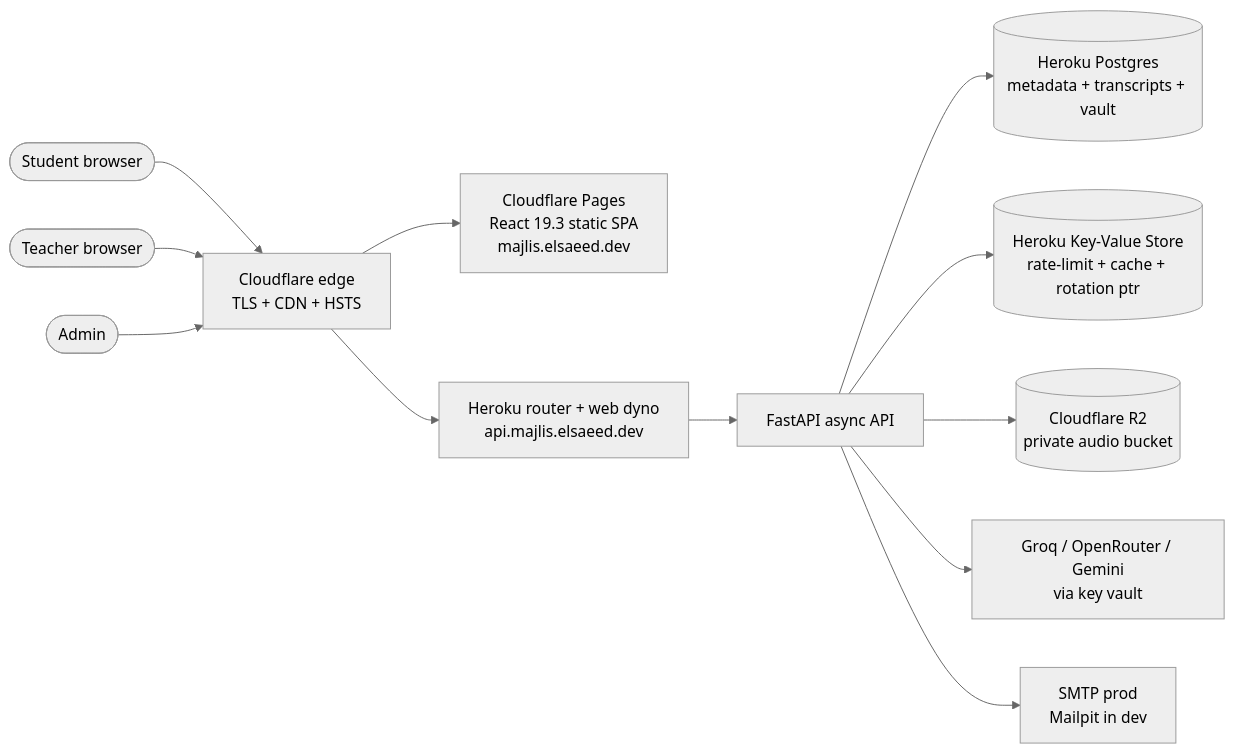
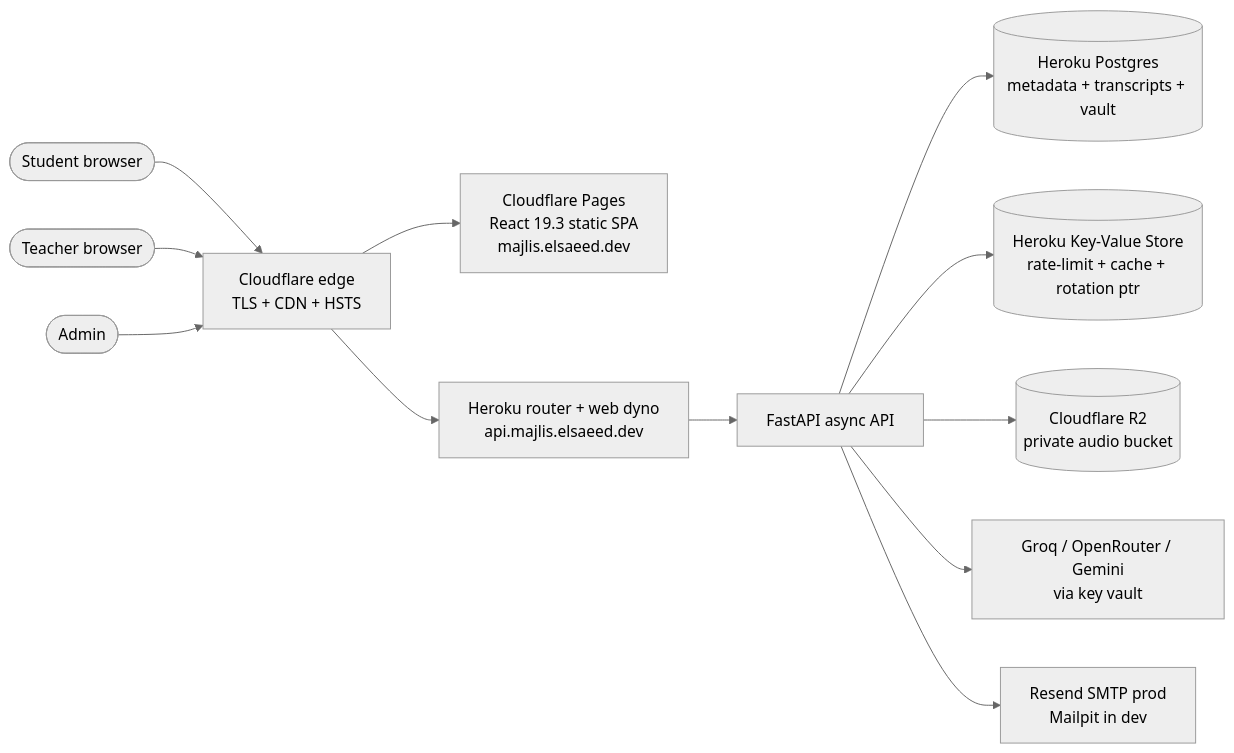
The first of 2 diagrams in docs/architecture.md (Mahmoud-El-Saeed/majlis), drawn with Mermaid (neutral theme) before and after one commit. The commit also changed 15 other files, not shown here.

First line of the commit message:
feat(infra): ticket 28 production mail via Resend SMTP

````diff
--- a/docs/architecture.md
+++ b/docs/architecture.md
@@ -7,14 +7,14 @@
 ```mermaid
 flowchart LR
     Student([Student browser]) --> CF[Cloudflare edge<br/>TLS + CDN + HSTS]
     Teacher([Teacher browser]) --> CF
     Admin([Admin]) --> CF
     CF --> Pages[Cloudflare Pages<br/>React 19.3 static SPA<br/>majlis.elsaeed.dev]
     CF --> Heroku[Heroku router + web dyno<br/>api.majlis.elsaeed.dev]
     Heroku --> API[FastAPI async API]
     API --> PG[(Heroku Postgres<br/>metadata + transcripts + vault)]
     API --> RD[(Heroku Key-Value Store<br/>rate-limit + cache + rotation ptr)]
     API --> R2[(Cloudflare R2<br/>private audio bucket)]
     API --> LLMs[Groq / OpenRouter / Gemini<br/>via key vault]
-    API --> SMTP[SMTP prod<br/>Mailpit in dev]
+    API --> SMTP[Resend SMTP prod<br/>Mailpit in dev]
 ```
````
